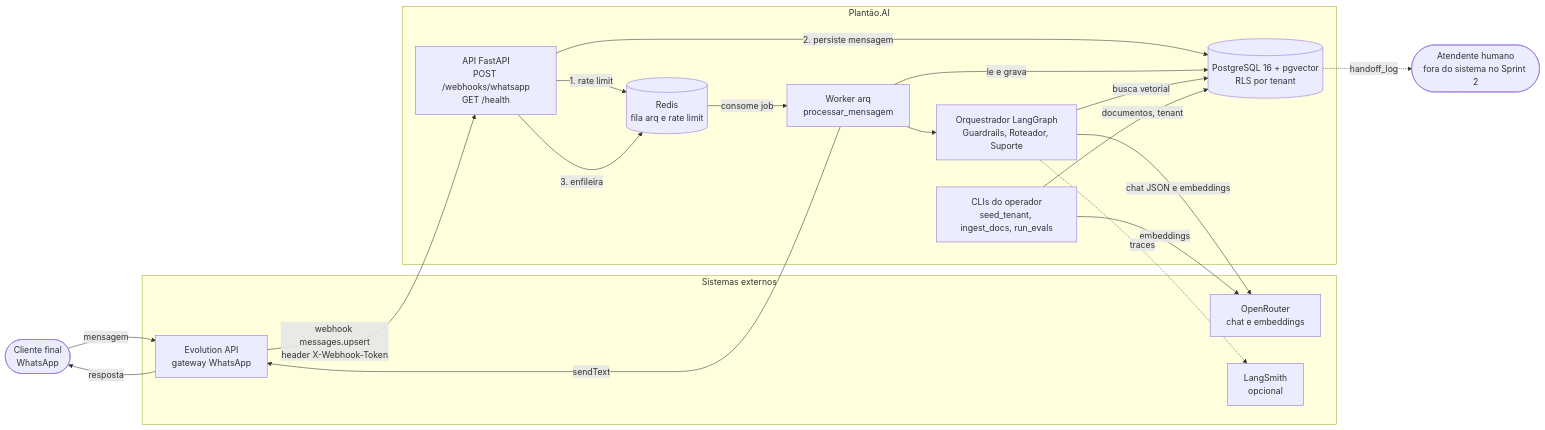
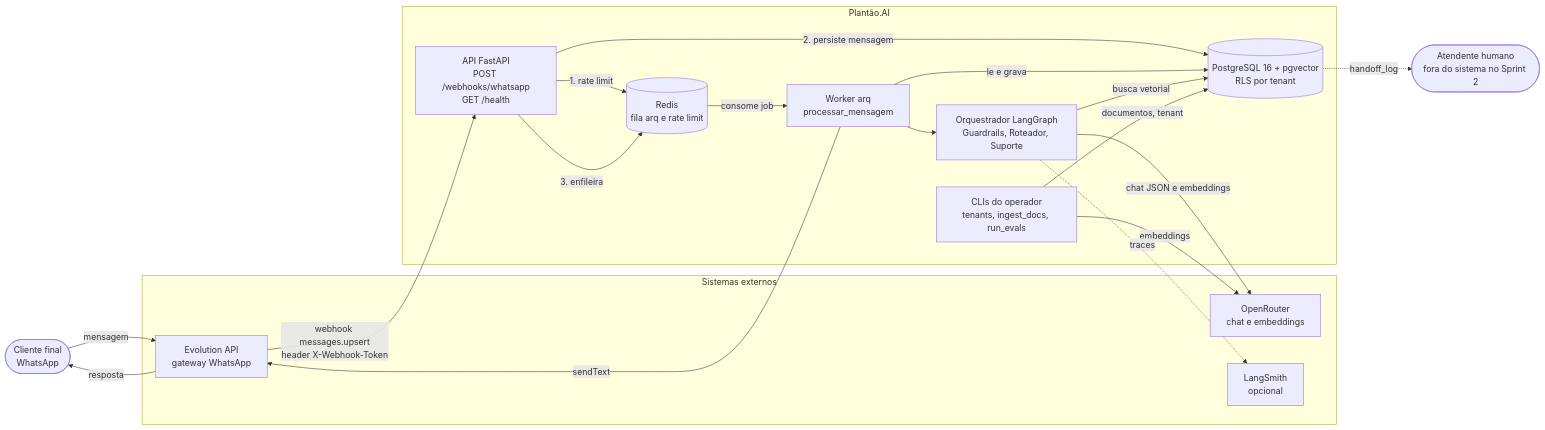
The first of 7 diagrams in README.md (rafaelcavasani/plantao-ai), drawn with Mermaid before and after one commit. The commit also changed other lines of this file and 93 other files, not shown here.

````diff
--- a/README.md
+++ b/README.md
@@ -58,34 +58,34 @@
 ```mermaid
 flowchart LR
     CLI(["Cliente final<br/>WhatsApp"])
     HUM(["Atendente humano<br/>fora do sistema no Sprint 2"])
     subgraph EXT["Sistemas externos"]
         EVO["Evolution API<br/>gateway WhatsApp"]
         OR["OpenRouter<br/>chat e embeddings"]
         LS["LangSmith<br/>opcional"]
     end
     subgraph PLANTAO["Plantão.AI"]
         API["API FastAPI<br/>POST /webhooks/whatsapp<br/>GET /health"]
         REDIS[("Redis<br/>fila arq e rate limit")]
         WRK["Worker arq<br/>processar_mensagem"]
         GRAFO["Orquestrador LangGraph<br/>Guardrails, Roteador, Suporte"]
         PG[("PostgreSQL 16 + pgvector<br/>RLS por tenant")]
-        OPS["CLIs do operador<br/>seed_tenant, ingest_docs, run_evals"]
+        OPS["CLIs do operador<br/>tenants, ingest_docs, run_evals"]
     end
     CLI -->|"mensagem"| EVO
     EVO -->|"webhook messages.upsert<br/>header X-Webhook-Token"| API
     API -->|"1. rate limit"| REDIS
     API -->|"2. persiste mensagem"| PG
     API -->|"3. enfileira"| REDIS
     REDIS -->|"consome job"| WRK
     WRK -->|"le e grava"| PG
     WRK --> GRAFO
     GRAFO -->|"chat JSON e embeddings"| OR
     GRAFO -->|"busca vetorial"| PG
     WRK -->|"sendText"| EVO
     EVO -->|"resposta"| CLI
     OPS -->|"embeddings"| OR
     OPS -->|"documentos, tenant"| PG
     GRAFO -.->|"traces"| LS
     PG -.->|"handoff_log"| HUM
 ```
````
